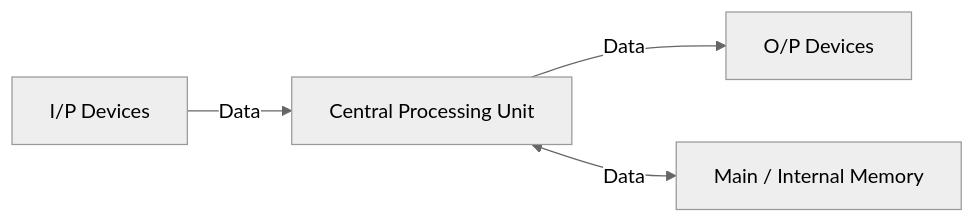
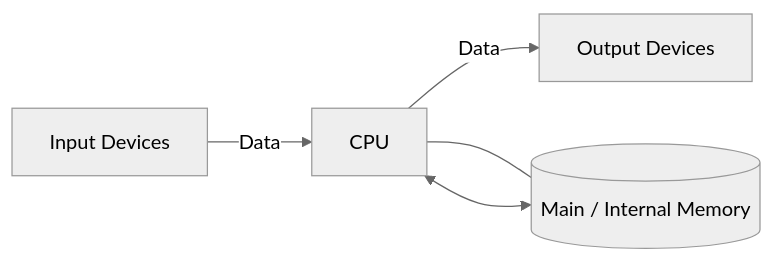
Before and after one commit to pyqxd/SEM-1-Notes: the diagram in Computer Fundamentals.md, drawn with Mermaid (neutral theme). The commit also changed other lines of this file, not shown here.

````diff
--- a/Computer Fundamentals.md
+++ b/Computer Fundamentals.md
@@ -144,7 +138,8 @@
 ```mermaid
-graph LR
-A[I/P Devices] -->|Data| B[Central Processing Unit]
-B -->|Data| C[O/P Devices]
-B <--> |Data| D[Main / Internal Memory]
+flowchart LR
+    A[Input Devices] -->|Data| B[CPU]
+    B -->|Data| C[Output Devices]
+    B --- D[(Main / Internal Memory)]
+    D <--> B
 
 ```
````
